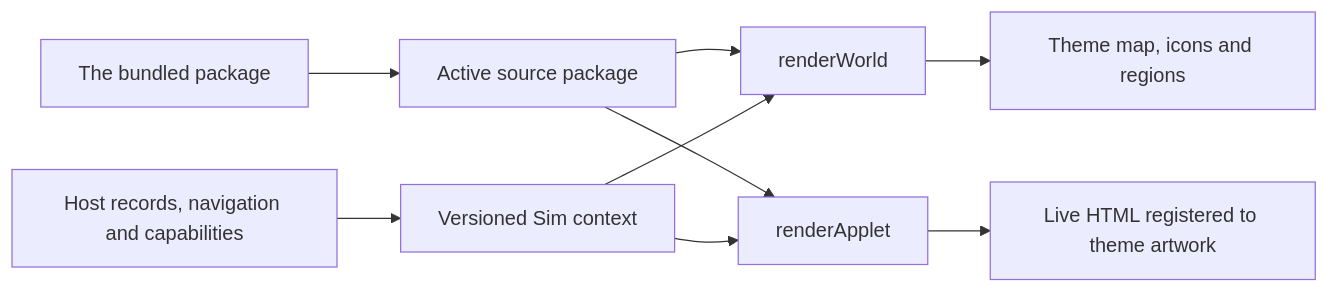
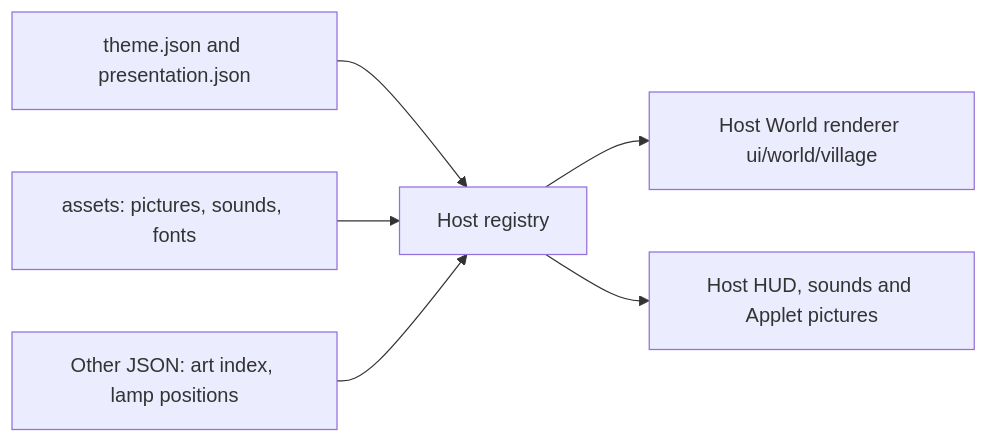
The diagram in resources/themes/CONTRACT.md (clockless-org/worldlet), drawn with Mermaid before and after one commit. The commit also changed other lines of this file and 100 other files, not shown here.

First line of the commit message:
A theme is static: the World is drawn by the host, the Village package is pictures and JSON

````diff
--- a/resources/themes/CONTRACT.md
+++ b/resources/themes/CONTRACT.md
@@ -5,11 +7,8 @@
 ```mermaid
 flowchart LR
-  D[Host records, navigation and capabilities] --> C[Versioned Sim context]
-  R[The bundled package] --> P[Active source package]
-  P --> W[renderWorld]
-  P --> A[renderApplet]
-  C --> W
-  C --> A
-  W --> M[Theme map, icons and regions]
-  A --> H[Live HTML registered to theme artwork]
+  T[theme.json and presentation.json] --> R[Host registry]
+  A[assets: pictures, sounds, fonts] --> R
+  J[Other JSON: art index, lamp positions] --> R
+  R --> W[Host World renderer ui/world/village]
+  R --> H[Host HUD, sounds and Applet pictures]
 ```
````
